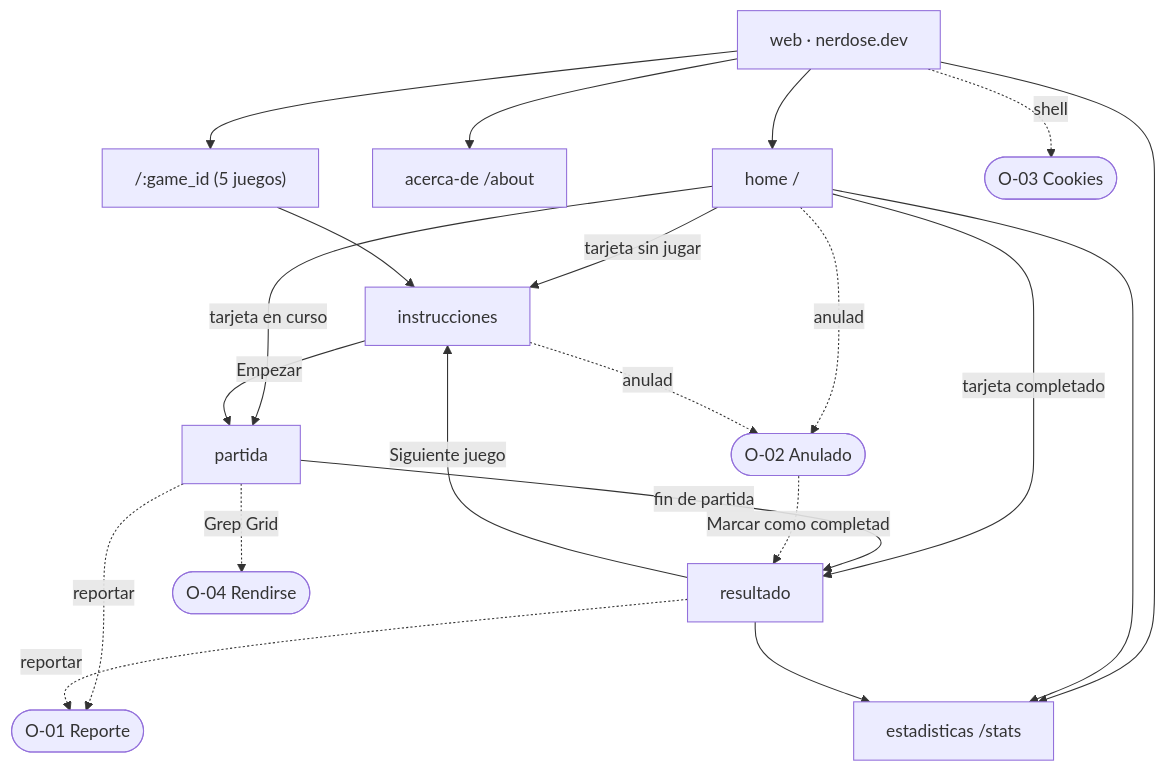
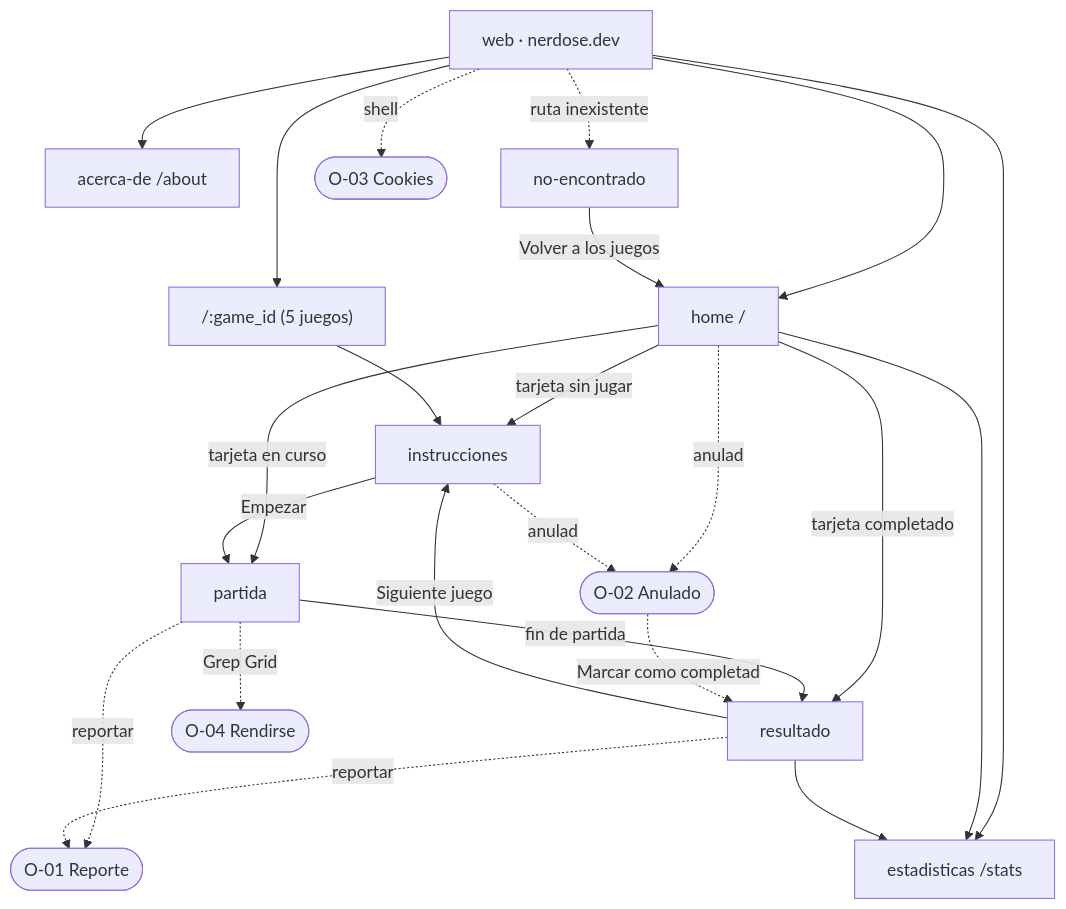
Before and after one commit to Bernacchialuca/nerdose: the diagram in docs/ux/surfaces/web/product-map.md, drawn with Mermaid. The commit also changed other lines of this file and 54 other files, not shown here.

````diff
--- a/docs/ux/surfaces/web/product-map.md
+++ b/docs/ux/surfaces/web/product-map.md
@@ -186,24 +193,26 @@
 ```mermaid
 flowchart TD
     Root[web · nerdose.dev]
     Root --> H[home /]
     Root --> S[estadisticas /stats]
     Root --> A[acerca-de /about]
     Root --> G["/:game_id (5 juegos)"]
+    Root -.ruta inexistente.-> NF[no-encontrado]
+    NF -->|Volver a los juegos| H
     H -->|tarjeta sin jugar| GI[instrucciones]
     H -->|tarjeta en curso| GP[partida]
     H -->|tarjeta completado| GR[resultado]
     G --> GI
     GI -->|Empezar| GP
     GP -->|fin de partida| GR
     GP -.reportar.-> O1([O-01 Reporte])
     GR -.reportar.-> O1
     H -.anulado.-> O2([O-02 Anulado])
     GI -.anulado.-> O2
     O2 -.Marcar como completado.-> GR
     GP -.Grep Grid.-> O4([O-04 Rendirse])
     Root -.shell.-> O3([O-03 Cookies])
     H --> S
     GR --> S
     GR -->|Siguiente juego| GI
 ```
````
